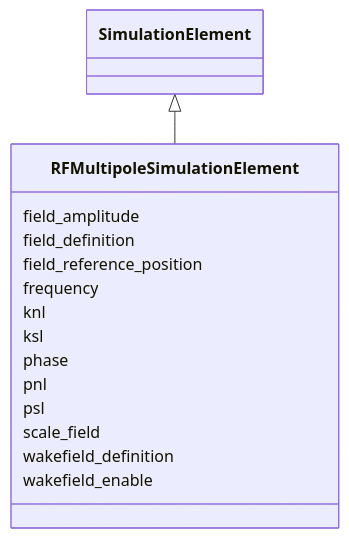
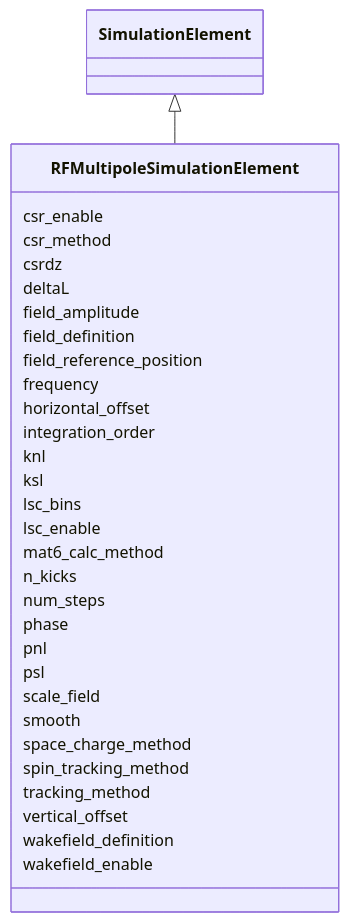
Before and after one commit to astec-stfc/laura: the diagram in docs/source/schema/RFMultipoleSimulationElement.md, drawn with Mermaid. The commit also changed other lines of this file and 63 other files, not shown here.

Commit message:
updatedn schema to consolidate SimulationElement parameters that were shared among subclasses; implemented tracking methods for bmad

````diff
--- a/docs/source/schema/RFMultipoleSimulationElement.md
+++ b/docs/source/schema/RFMultipoleSimulationElement.md
@@ -18,33 +18,65 @@
 ```mermaid
  classDiagram
     class RFMultipoleSimulationElement
     click RFMultipoleSimulationElement href "../RFMultipoleSimulationElement/"
       SimulationElement <|-- RFMultipoleSimulationElement
         click SimulationElement href "../SimulationElement/"
-      
+
+      RFMultipoleSimulationElement : csr_enable
+
+      RFMultipoleSimulationElement : csr_method
+
+      RFMultipoleSimulationElement : csrdz
+
+      RFMultipoleSimulationElement : deltaL
+
       RFMultipoleSimulationElement : field_amplitude
-        
+
       RFMultipoleSimulationElement : field_definition
-        
+
       RFMultipoleSimulationElement : field_reference_position
-        
+
       RFMultipoleSimulationElement : frequency
-        
+
+      RFMultipoleSimulationElement : horizontal_offset
+
+      RFMultipoleSimulationElement : integration_order
+
       RFMultipoleSimulationElement : knl
-        
+
       RFMultipoleSimulationElement : ksl
-        
+
+      RFMultipoleSimulationElement : lsc_bins
+
+      RFMultipoleSimulationElement : lsc_enable
+
+      RFMultipoleSimulationElement : mat6_calc_method
+
+      RFMultipoleSimulationElement : n_kicks
+
+      RFMultipoleSimulationElement : num_steps
+
       RFMultipoleSimulationElement : phase
-        
+
       RFMultipoleSimulationElement : pnl
-        
+
       RFMultipoleSimulationElement : psl
-        
+
       RFMultipoleSimulationElement : scale_field
-        
+
+      RFMultipoleSimulationElement : smooth
+
+      RFMultipoleSimulationElement : space_charge_method
+
+      RFMultipoleSimulationElement : spin_tracking_method
+
+      RFMultipoleSimulationElement : tracking_method
+
+      RFMultipoleSimulationElement : vertical_offset
+
       RFMultipoleSimulationElement : wakefield_definition
-        
+
       RFMultipoleSimulationElement : wakefield_enable
-        
-      
+
+
 ```
````
